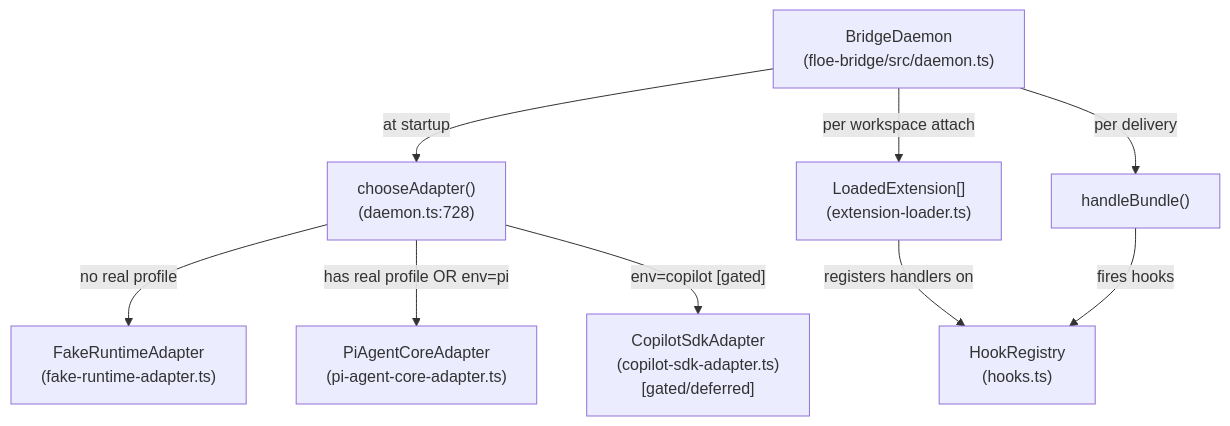
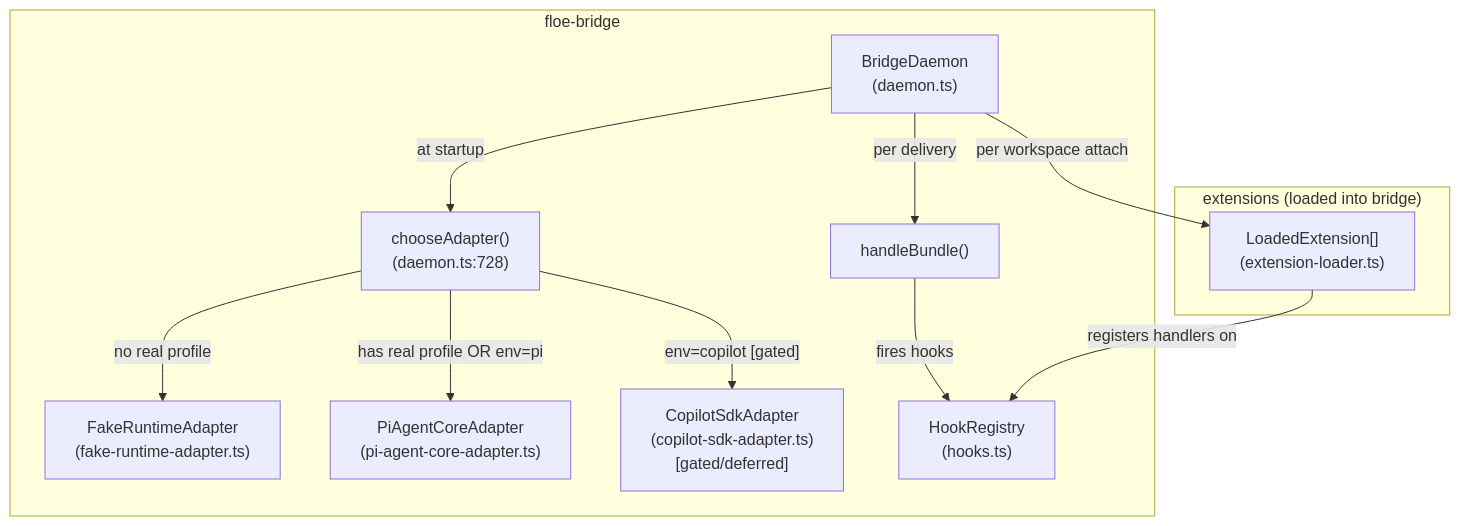
One commit to floe-ai/floe-subtrate changed the fifth of 12 diagrams in docs/architecture/overview.md. Above: the diagram before and after it, drawn with Mermaid. The commit also changed other lines of this file, not shown here.

First line of the commit message:
docs(arch): sharpen domain boundaries per revision-1

````diff
--- a/docs/architecture/overview.md
+++ b/docs/architecture/overview.md
@@ -120,20 +180,26 @@
 ```mermaid
 graph TD
-    BD["BridgeDaemon\n(floe-bridge/src/daemon.ts)"]
-    CA["chooseAdapter()\n(daemon.ts:728)"]
-    FA["FakeRuntimeAdapter\n(fake-runtime-adapter.ts)"]
-    PA["PiAgentCoreAdapter\n(pi-agent-core-adapter.ts)"]
-    CS["CopilotSdkAdapter\n(copilot-sdk-adapter.ts)\n[gated/deferred]"]
-    HR["HookRegistry\n(hooks.ts)"]
-    EXT["LoadedExtension[]\n(extension-loader.ts)"]
+    subgraph BRIDGE["floe-bridge"]
+        BD["BridgeDaemon\n(daemon.ts)"]
+        CA["chooseAdapter()\n(daemon.ts:728)"]
+        FA["FakeRuntimeAdapter\n(fake-runtime-adapter.ts)"]
+        PA["PiAgentCoreAdapter\n(pi-agent-core-adapter.ts)"]
+        CS["CopilotSdkAdapter\n(copilot-sdk-adapter.ts)\n[gated/deferred]"]
+        HR["HookRegistry\n(hooks.ts)"]
+        TURN["handleBundle()"]
+    end
+
+    subgraph EXTS["extensions (loaded into bridge)"]
+        EXT["LoadedExtension[]\n(extension-loader.ts)"]
+    end
 
     BD -->|"at startup"| CA
     CA -->|"no real profile"| FA
     CA -->|"has real profile OR env=pi"| PA
     CA -->|"env=copilot [gated]"| CS
 
     BD -->|"per workspace attach"| EXT
     EXT -->|"registers handlers on"| HR
-    BD -->|"per delivery"| TURN["handleBundle()"]
+    BD -->|"per delivery"| TURN
     TURN -->|"fires hooks"| HR
 ```
````
